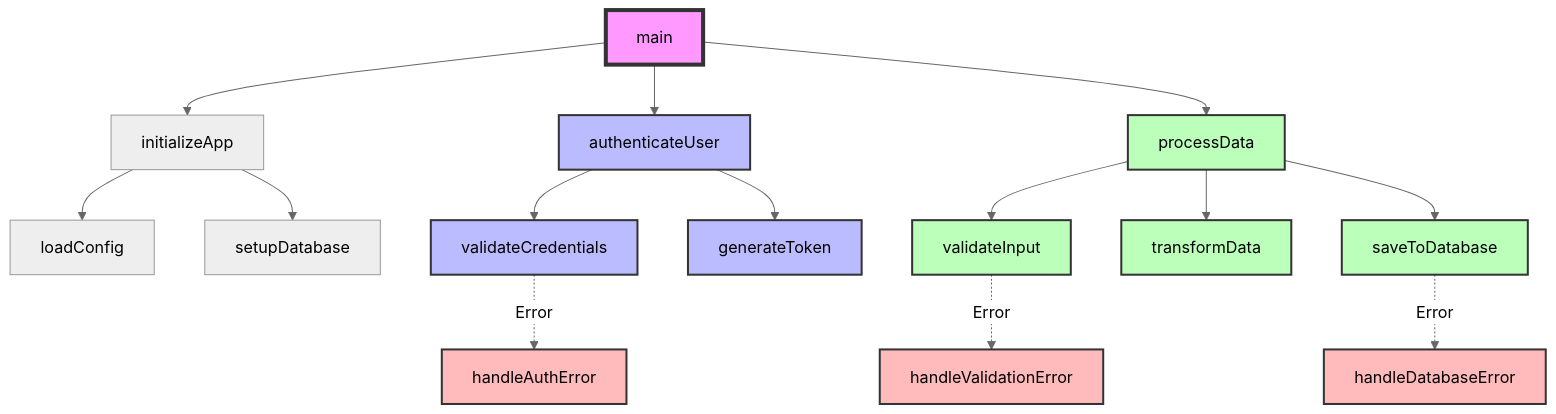
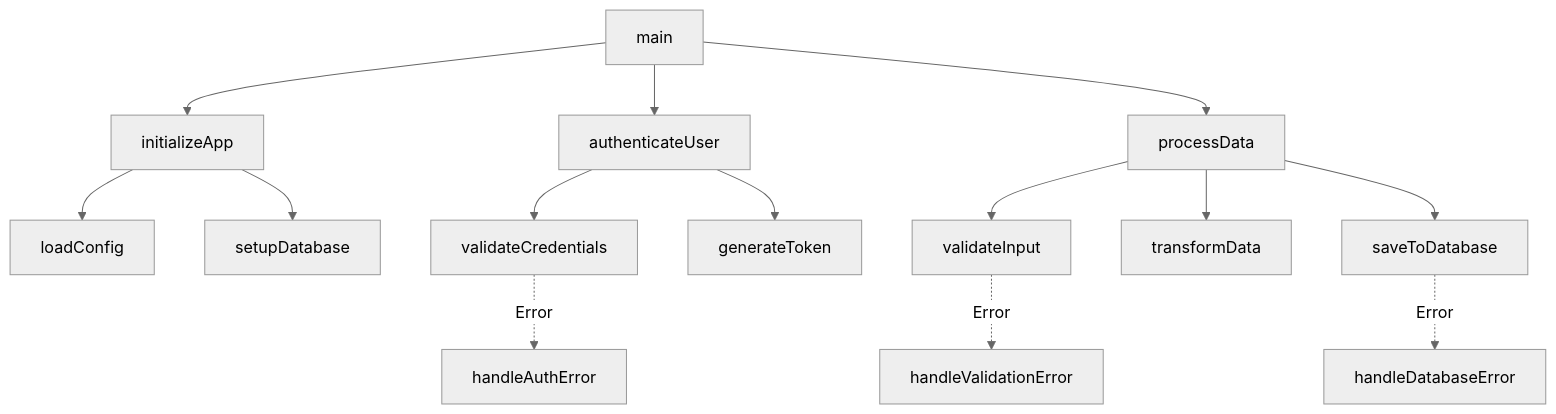
The first of 2 diagrams in dot_claude/commands/dev/tdd-plan-enhanced.md (blackjiro/dotfiles), drawn with Mermaid (neutral theme) before and after one commit.

Commit message:
remove color

````diff
--- a/dot_claude/commands/dev/tdd-plan-enhanced.md
+++ b/dot_claude/commands/dev/tdd-plan-enhanced.md
@@ -121,34 +121,24 @@
 ```mermaid
 graph TD
     %% メイン処理フロー
     A[main] --> B[initializeApp]
     B --> C[loadConfig]
     B --> D[setupDatabase]
     
     %% 認証フロー
     A --> E[authenticateUser]
     E --> F[validateCredentials]
     E --> G[generateToken]
     
     %% データ処理フロー
     A --> H[processData]
     H --> I[validateInput]
     H --> J[transformData]
     H --> K[saveToDatabase]
     
     %% エラーハンドリング
     F -.->|Error| L[handleAuthError]
     I -.->|Error| M[handleValidationError]
     K -.->|Error| N[handleDatabaseError]
     
-    %% スタイリング
-    classDef mainFunc fill:#f9f,stroke:#333,stroke-width:4px;
-    classDef authFunc fill:#bbf,stroke:#333,stroke-width:2px;
-    classDef dataFunc fill:#bfb,stroke:#333,stroke-width:2px;
-    classDef errorFunc fill:#fbb,stroke:#333,stroke-width:2px;
-    
-    class A mainFunc;
-    class E,F,G authFunc;
-    class H,I,J,K dataFunc;
-    class L,M,N errorFunc;
 ```
````
